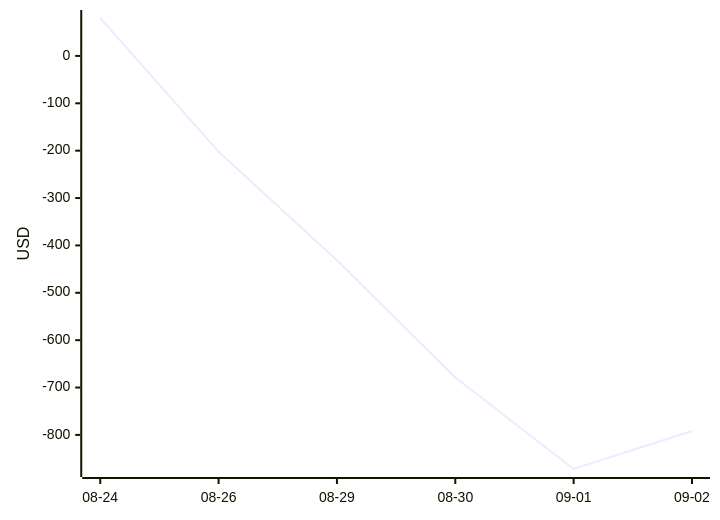
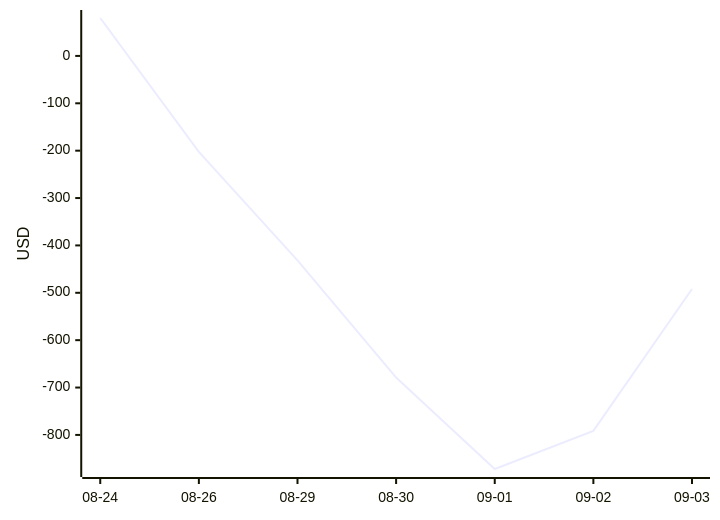
Before and after one commit to aryanvaid2108/prediction-trading: the diagram in DASHBOARD.md, drawn with Mermaid. The commit also changed other lines of this file and 1 other file, not shown here.

````diff
--- a/DASHBOARD.md
+++ b/DASHBOARD.md
@@ -23,6 +23,6 @@
 ```mermaid
 xychart-beta
-  x-axis ["08-24", "08-26", "08-29", "08-30", "09-01", "09-02"]
+  x-axis ["08-24", "08-26", "08-29", "08-30", "09-01", "09-02", "09-03"]
   y-axis "USD"
-  line [80.05, -202.45, -431.41, -678.85, -871.94, -791.59]
+  line [80.05, -202.45, -431.41, -678.85, -871.94, -791.59, -492.02]
 ```
````
